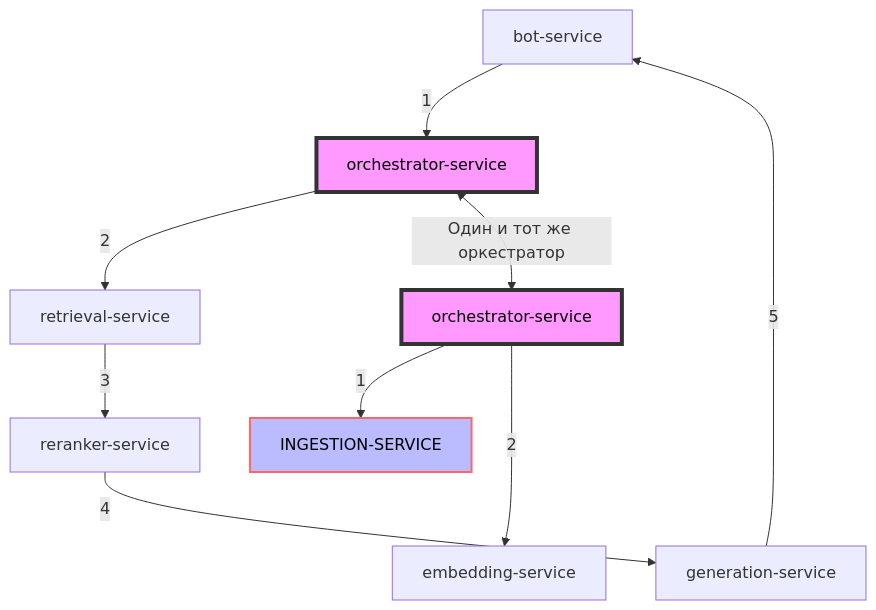
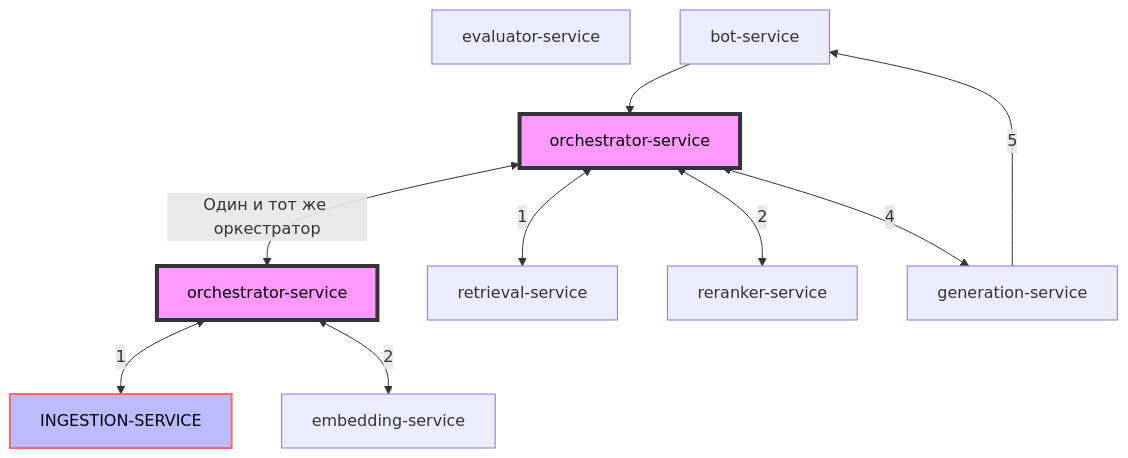
Before and after one commit to GregRublik/ingestion-service: the diagram in README.md, drawn with Mermaid. The commit also changed other lines of this file, not shown here.

````diff
--- a/README.md
+++ b/README.md
@@ -4,21 +4,24 @@
 ```mermaid
 graph TD
-        
-    C[orchestrator-service] --1--> B[INGESTION-SERVICE]
-    C --2---> D[embedding-service]
+    K[evaluator-service] 
     
     
-    F[bot-service] --1--> c[orchestrator-service]  
-    c --2--> G[retrieval-service]
-    G --3--> E[reranker-service]
-    E --4--> I[generation-service]
+    C[orchestrator-service] <--1--> B[INGESTION-SERVICE]
+    C <--2--> D[embedding-service]
+    
+    
+    F[bot-service] --> c[orchestrator-service]  
+    c <--1--> G[retrieval-service]
+    c <--2--> E[reranker-service]
+    c <--4--> I[generation-service]
     I --5--> F
     
+    
+    
     c <--Один и тот же оркестратор--> C
-
-
+    
     style C fill:#f9f,stroke:#333,stroke-width:4px,color:#000
     style c fill:#f9f,stroke:#333,stroke-width:4px,color:#000
     style B fill:#bbf,stroke:#f66,stroke-width:2px,color:#000
     
 ```
````
